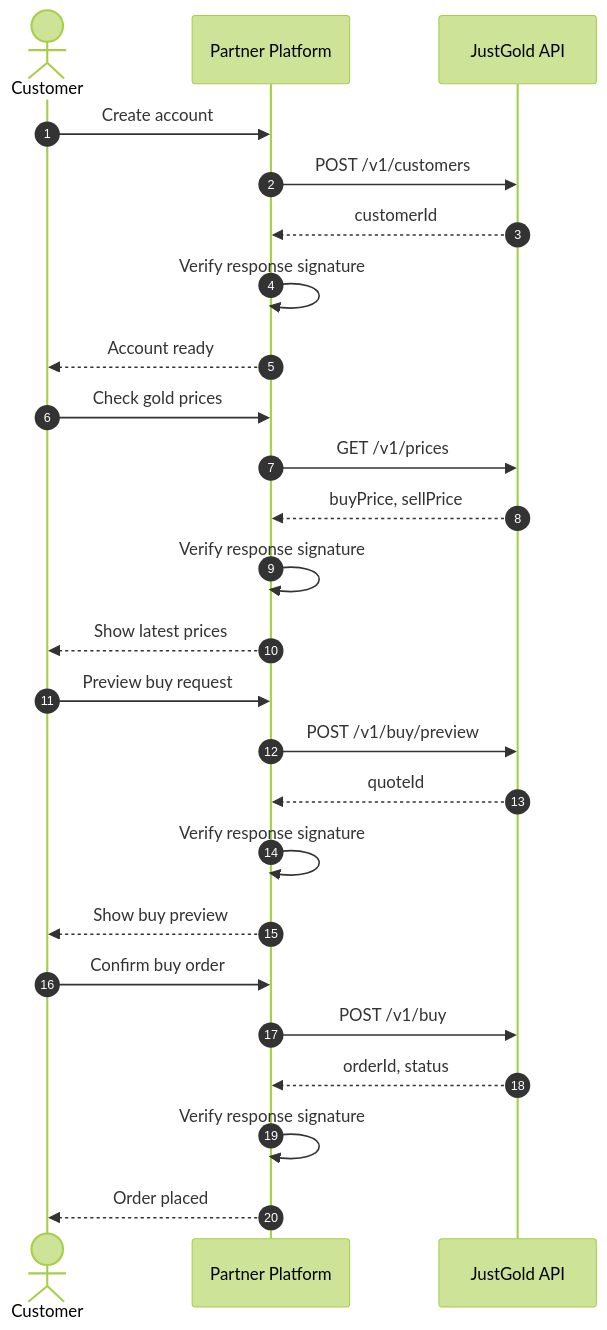
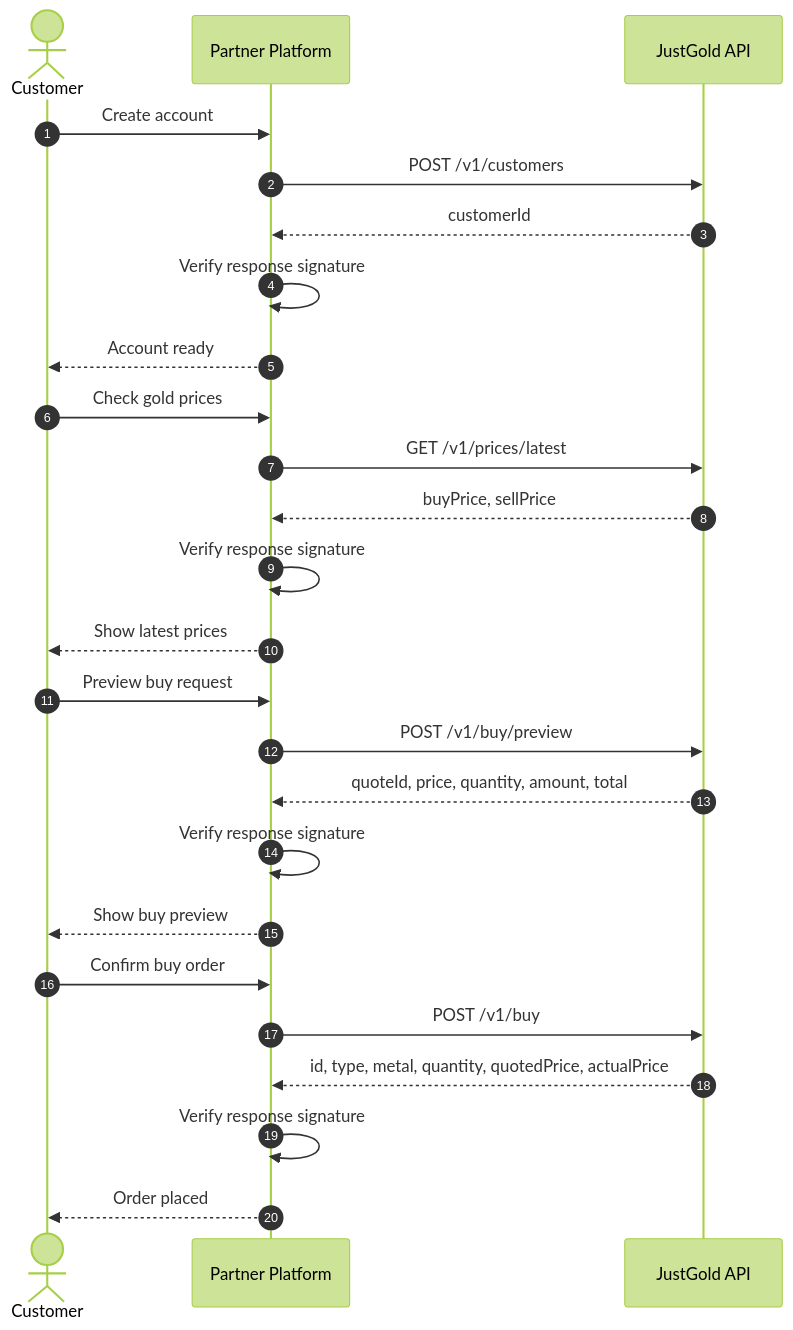
One commit to Just-Gold-JG/docs changed the first of 2 diagrams in integration-flow.md. Above: the diagram before and after it, drawn with Mermaid (forest theme). The commit also changed other lines of this file and 7 other files, not shown here.

````diff
--- a/integration-flow.md
+++ b/integration-flow.md
@@ -7,31 +7,31 @@
 ```mermaid
 sequenceDiagram
     autonumber
     actor Customer
     participant Partner as Partner Platform
     participant JustGold as JustGold API
 
     Customer->>Partner: Create account
     Partner->>JustGold: POST /v1/customers
     JustGold-->>Partner: customerId
     Partner->>Partner: Verify response signature
     Partner-->>Customer: Account ready
 
     Customer->>Partner: Check gold prices
-    Partner->>JustGold: GET /v1/prices
+    Partner->>JustGold: GET /v1/prices/latest
     JustGold-->>Partner: buyPrice, sellPrice
     Partner->>Partner: Verify response signature
     Partner-->>Customer: Show latest prices
 
     Customer->>Partner: Preview buy request
     Partner->>JustGold: POST /v1/buy/preview
-    JustGold-->>Partner: quoteId
+    JustGold-->>Partner: quoteId, price, quantity, amount, total
     Partner->>Partner: Verify response signature
     Partner-->>Customer: Show buy preview
 
     Customer->>Partner: Confirm buy order
     Partner->>JustGold: POST /v1/buy
-    JustGold-->>Partner: orderId, status
+    JustGold-->>Partner: id, type, metal, quantity, quotedPrice, actualPrice
     Partner->>Partner: Verify response signature
     Partner-->>Customer: Order placed
 ```
````
